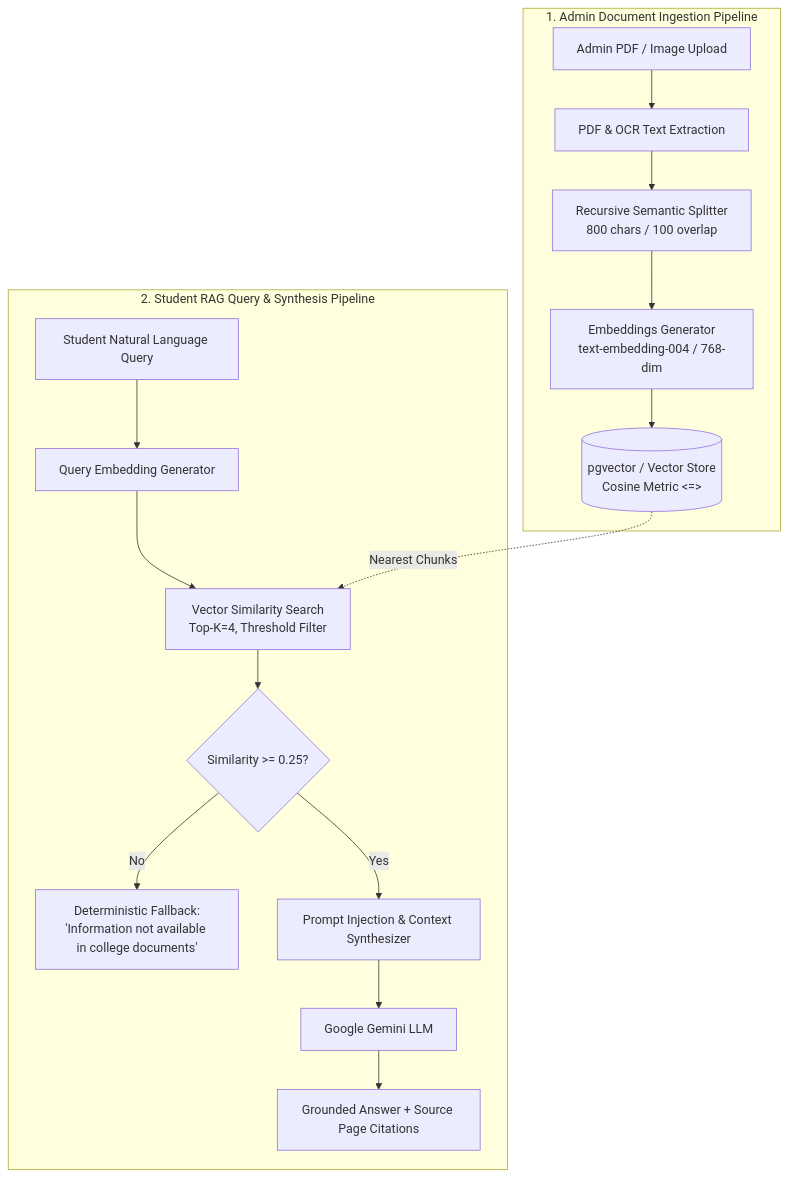
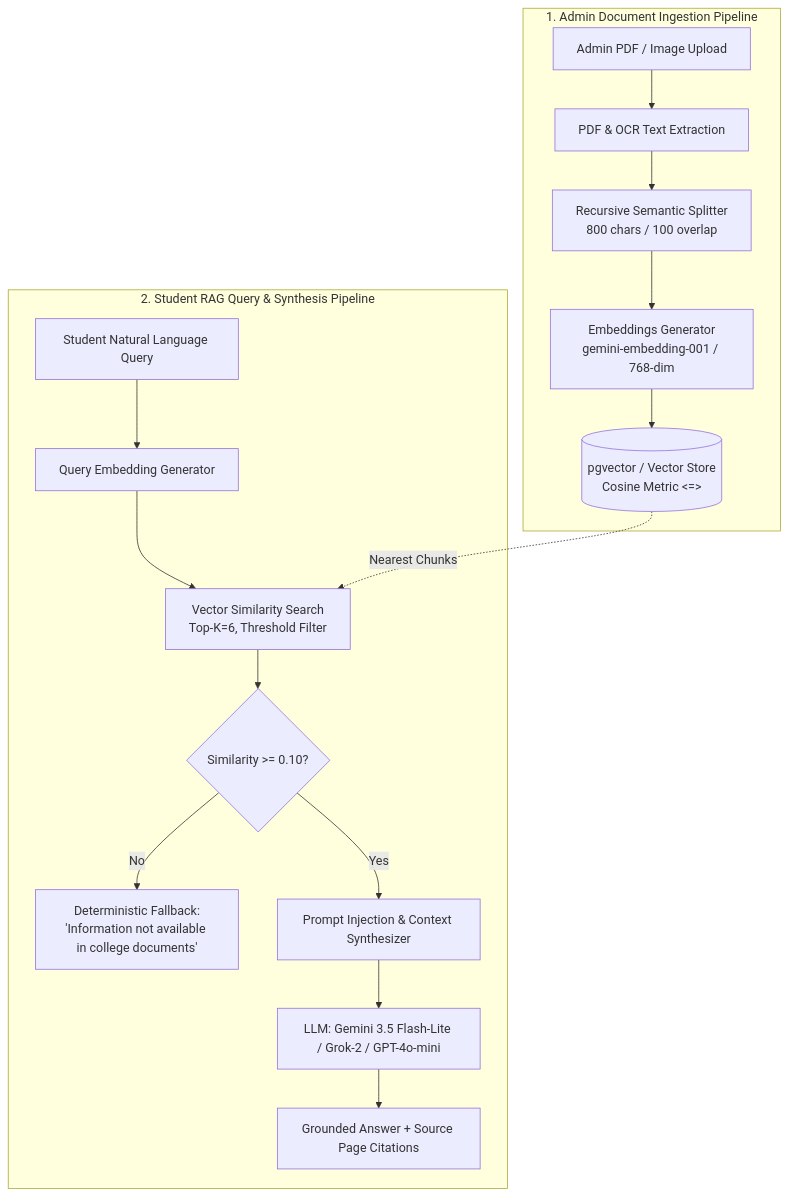
One commit to Mr-OmKshirsagar/CampusWise-AI changed the diagram in README.md. Above: the diagram before and after it, drawn with Mermaid. The commit also changed other lines of this file and 3 other files, not shown here.

Commit message:
fix(ui/docs): align v1.1 version badges and update AI model badges to Gemini 3.5 Flash-Lite

````diff
--- a/README.md
+++ b/README.md
@@ -73,20 +75,20 @@
 ```mermaid
 flowchart TD
     subgraph Ingestion["1. Admin Document Ingestion Pipeline"]
         A[Admin PDF / Image Upload] --> B[PDF & OCR Text Extraction]
         B --> C[Recursive Semantic Splitter\n800 chars / 100 overlap]
-        C --> D[Embeddings Generator\ntext-embedding-004 / 768-dim]
+        C --> D[Embeddings Generator\ngemini-embedding-001 / 768-dim]
         D --> E[(pgvector / Vector Store\nCosine Metric <=>)]
     end
 
     subgraph Query["2. Student RAG Query & Synthesis Pipeline"]
         F[Student Natural Language Query] --> G[Query Embedding Generator]
-        G --> H[Vector Similarity Search\nTop-K=4, Threshold Filter]
+        G --> H[Vector Similarity Search\nTop-K=6, Threshold Filter]
         E -.->|Nearest Chunks| H
-        H --> I{Similarity >= 0.25?}
+        H --> I{Similarity >= 0.10?}
         I -- No --> J[Deterministic Fallback:\n'Information not available in college documents']
         I -- Yes --> K[Prompt Injection & Context Synthesizer]
-        K --> L[Google Gemini LLM]
+        K --> L[LLM: Gemini 3.5 Flash-Lite / Grok-2 / GPT-4o-mini]
         L --> M[Grounded Answer + Source Page Citations]
     end
 ```
````
